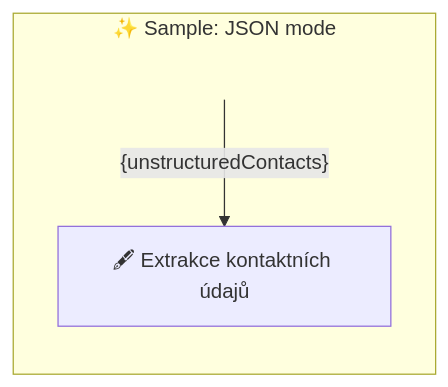
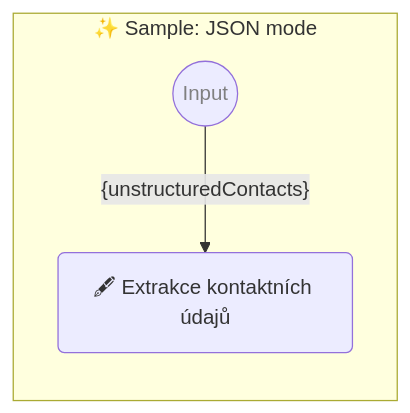
One commit to webgptorg/promptbook changed the diagram in samples/templates/60-json-mode.ptbk.md. Above: the diagram before and after it, drawn with Mermaid. The commit also changed 19 other files, not shown here.

Commit message:
Auto-generated Mermaid graphs of promptboks

````diff
--- a/samples/templates/60-json-mode.ptbk.md
+++ b/samples/templates/60-json-mode.ptbk.md
@@ -13,16 +13,16 @@
 ```mermaid
 %% 🔮 Tip: Open this on GitHub or in the VSCode website to see the Mermaid graph visually
 
 flowchart LR
   subgraph "✨ Sample: JSON mode"
 
       direction TB
 
-      input[<!--Input-->]:::hidden
-      templateExtrakceKontaktnChDaj[🖋 Extrakce kontaktních údajů]
+      input((Input)):::input
+      templateExtrakceKontaktnChDaj(🖋 Extrakce kontaktních údajů)
       input--"{unstructuredContacts}"-->templateExtrakceKontaktnChDaj
 
-      classDef hidden visibility: hidden;
+      classDef input color: grey;
 
   end;
 ```
````
